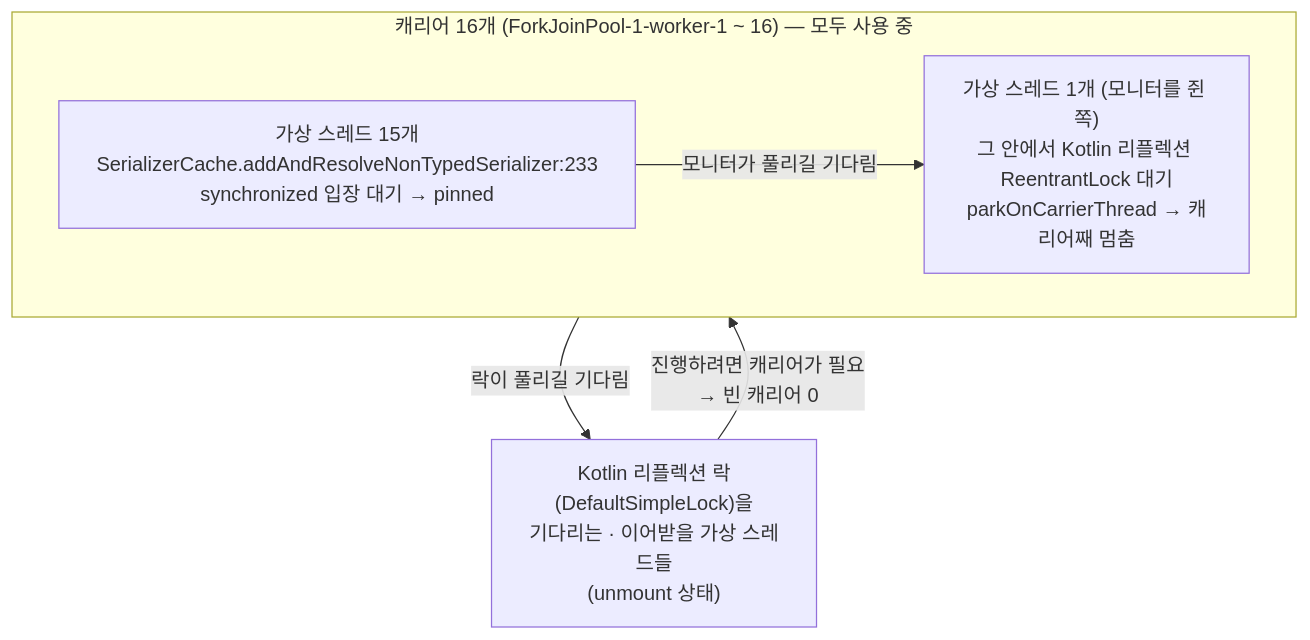
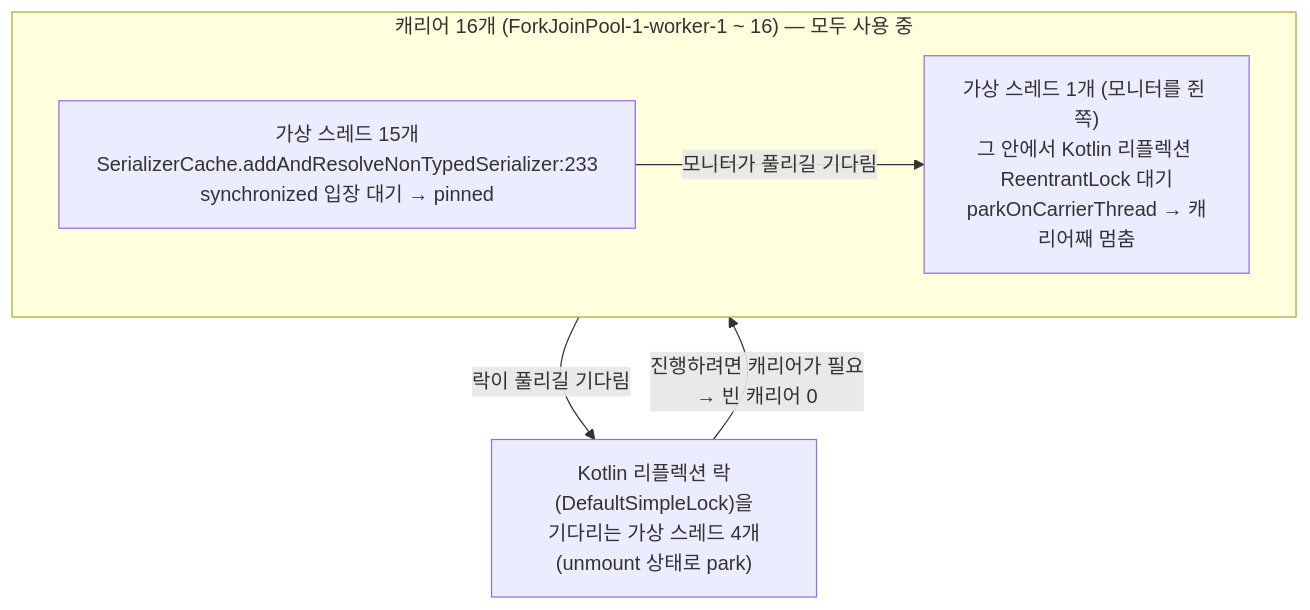
Before and after one commit to hyeokjinON/bank-transfer: the ninth of 9 diagrams in docs/perf/p7-virtual-threads.md, drawn with Mermaid. The commit also changed other lines of this file and 10 other files, not shown here.

````diff
--- a/docs/perf/p7-virtual-threads.md
+++ b/docs/perf/p7-virtual-threads.md
@@ -232,12 +233,12 @@
 ```mermaid
 flowchart TB
   subgraph C["캐리어 16개 (ForkJoinPool-1-worker-1 ~ 16) — 모두 사용 중"]
     direction LR
     P1["가상 스레드 15개<br/>SerializerCache.addAndResolveNonTypedSerializer:233<br/>synchronized 입장 대기 → pinned"]
     P2["가상 스레드 1개 (모니터를 쥔 쪽)<br/>그 안에서 Kotlin 리플렉션 ReentrantLock 대기<br/>parkOnCarrierThread → 캐리어째 멈춤"]
   end
-  Q["Kotlin 리플렉션 락(DefaultSimpleLock)을<br/>기다리는 · 이어받을 가상 스레드들<br/>(unmount 상태)"]
+  Q["Kotlin 리플렉션 락(DefaultSimpleLock)을<br/>기다리는 가상 스레드 4개<br/>(unmount 상태로 park)"]
   P2 -->|락이 풀리길 기다림| Q
   Q -->|"진행하려면 캐리어가 필요<br/>→ 빈 캐리어 0"| C
   P1 -->|모니터가 풀리길 기다림| P2
 ```
````
